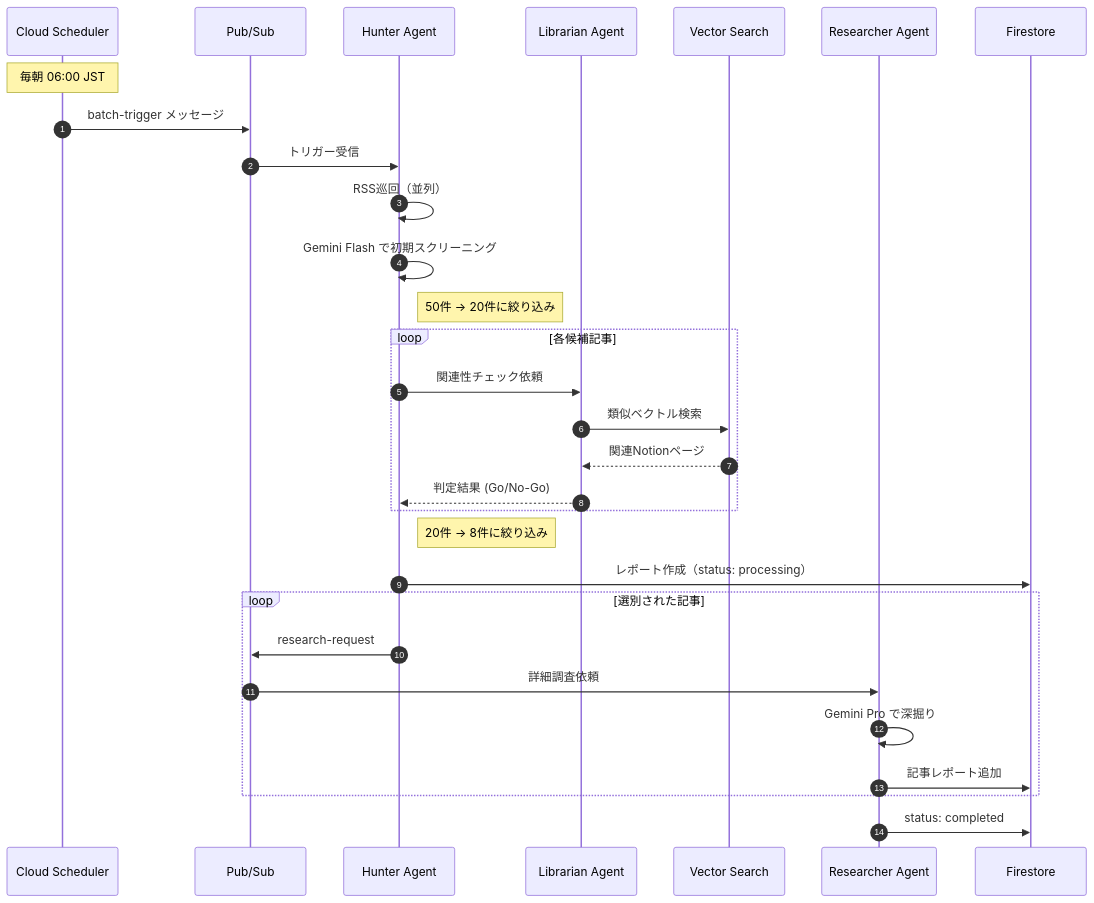
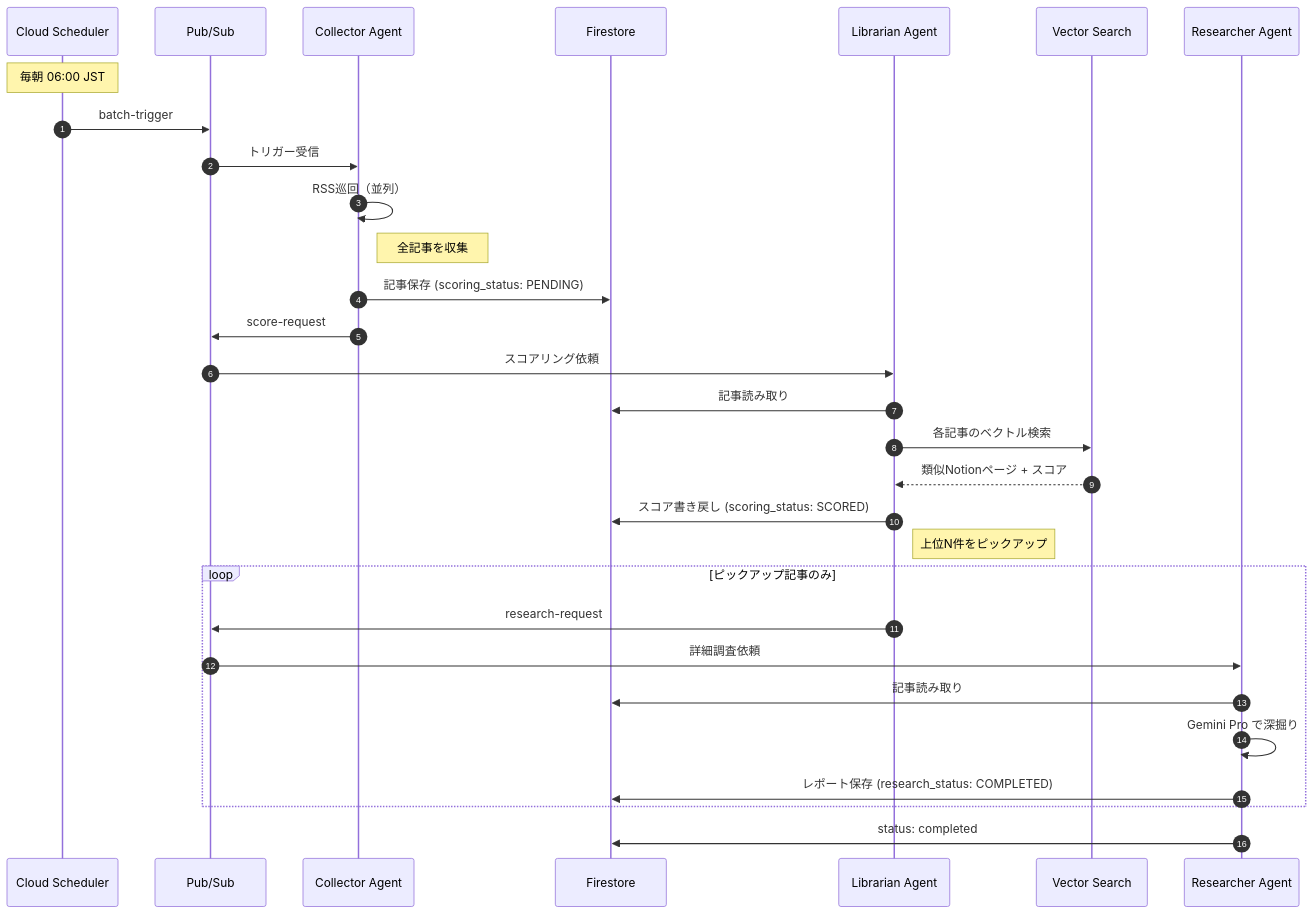
Before and after one commit to Renz0043/curation-persona: the second of 2 diagrams in docs/Design_doc.md, drawn with Mermaid. The commit also changed other lines of this file and 5 other files, not shown here.

````diff
--- a/docs/Design_doc.md
+++ b/docs/Design_doc.md
@@ -165,38 +185,37 @@
 ```mermaid
 sequenceDiagram
     autonumber
     participant Scheduler as Cloud Scheduler
     participant PubSub as Pub/Sub
-    participant Hunter as Hunter Agent
+    participant Collector as Collector Agent
+    participant DB as Firestore
     participant Librarian as Librarian Agent
     participant Vector as Vector Search
     participant Researcher as Researcher Agent
-    participant DB as Firestore
 
     Note over Scheduler: 毎朝 06:00 JST
-    Scheduler->>PubSub: batch-trigger メッセージ
-    PubSub->>Hunter: トリガー受信
+    Scheduler->>PubSub: batch-trigger
+    PubSub->>Collector: トリガー受信
 
-    Hunter->>Hunter: RSS巡回（並列）
-    Hunter->>Hunter: Gemini Flash で初期スクリーニング
-    Note right of Hunter: 50件 → 20件に絞り込み
+    Collector->>Collector: RSS巡回（並列）
+    Note right of Collector: 全記事を収集
+    Collector->>DB: 記事保存 (scoring_status: PENDING)
+    Collector->>PubSub: score-request
 
-    loop 各候補記事
-        Hunter->>Librarian: 関連性チェック依頼
-        Librarian->>Vector: 類似ベクトル検索
-        Vector-->>Librarian: 関連Notionページ
-        Librarian-->>Hunter: 判定結果 (Go/No-Go)
-    end
-    Note right of Hunter: 20件 → 8件に絞り込み
+    PubSub->>Librarian: スコアリング依頼
+    Librarian->>DB: 記事読み取り
+    Librarian->>Vector: 各記事のベクトル検索
+    Vector-->>Librarian: 類似Notionページ + スコア
+    Librarian->>DB: スコア書き戻し (scoring_status: SCORED)
+    Note right of Librarian: 上位N件をピックアップ
 
-    Hunter->>DB: レポート作成（status: processing）
-
-    loop 選別された記事
-        Hunter->>PubSub: research-request
+    loop ピックアップ記事のみ
+        Librarian->>PubSub: research-request
         PubSub->>Researcher: 詳細調査依頼
+        Researcher->>DB: 記事読み取り
         Researcher->>Researcher: Gemini Pro で深掘り
-        Researcher->>DB: 記事レポート追加
+        Researcher->>DB: レポート保存 (research_status: COMPLETED)
     end
 
     Researcher->>DB: status: completed
 ```
````
